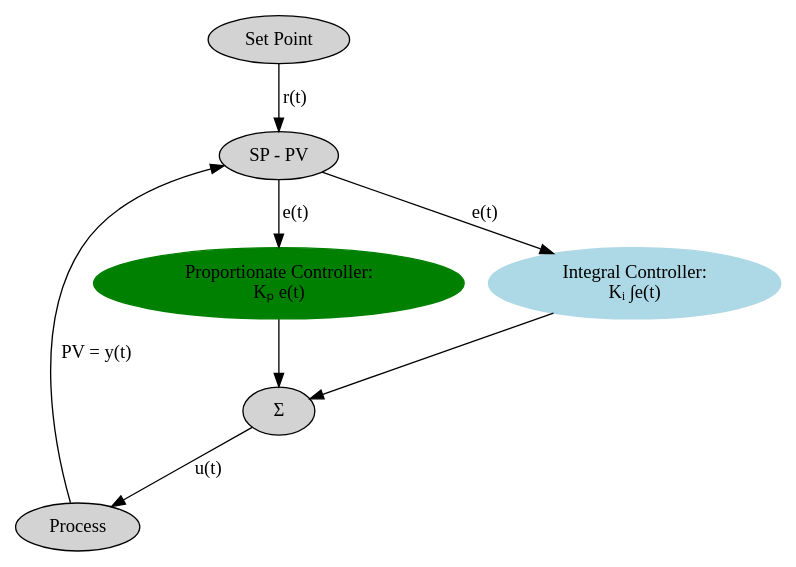
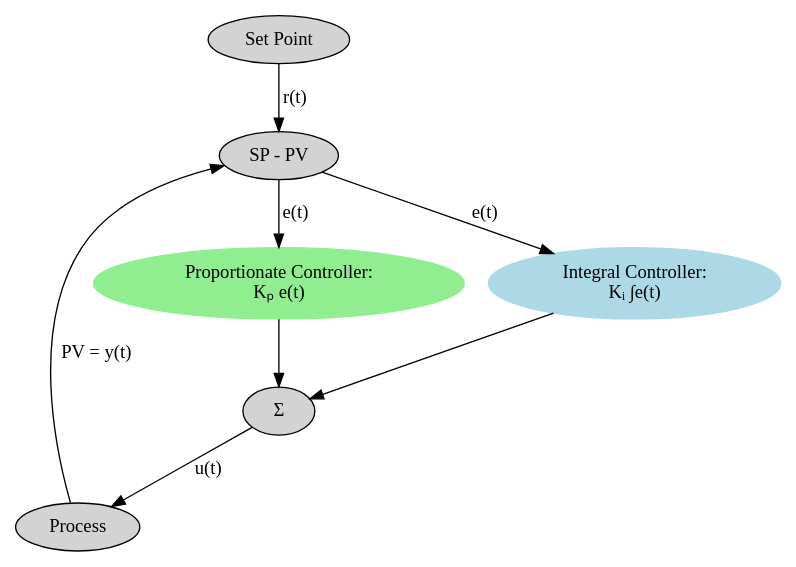
Before and after one commit to brain-fuel-co/feedback: the diagram in pid-dotfiles/pi-controller.dot, drawn with Graphviz. The commit also changed 7 other files, not shown here.

```diff
--- a/pid-dotfiles/pi-controller.dot
+++ b/pid-dotfiles/pi-controller.dot
@@ -1,17 +1,17 @@
 digraph PI {
     node [style=filled];
     SP [label="Set Point"];
     PR [label="Process"];
     S1 [label="SP - PV"];
-    P  [color=green,label="Proportionate Controller:\nKₚ e(t)"];
+    P  [color=lightgreen,label="Proportionate Controller:\nKₚ e(t)"];
     I  [color=lightblue,label="Integral Controller:\nKᵢ ∫e(t)"];
     S2 [label="Σ"];
 
     SP -> S1 [label="r(t)"];
     PR -> S1 [label="PV = y(t)"];
     S1 -> P  [label="e(t)"];
     S1 -> I  [label="e(t)"];
     P  -> S2;
     I  -> S2;
     S2 -> PR [label="u(t)"];
 }
```
